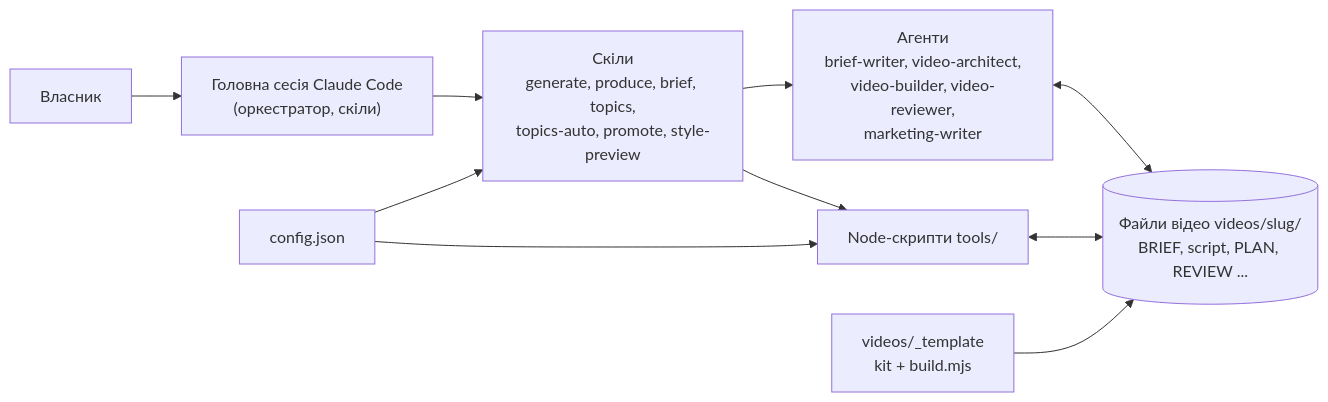
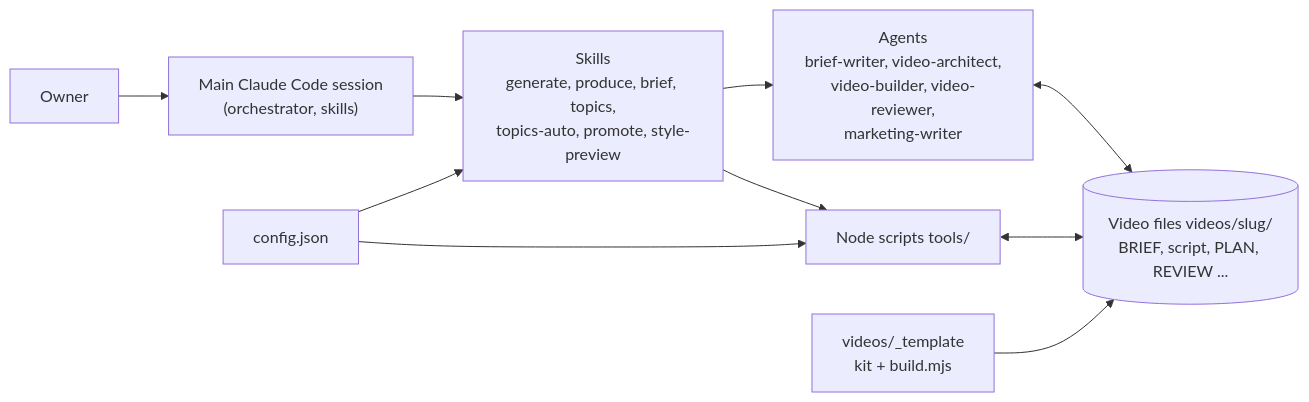
One commit to olehsov/tiktok-videomaker changed the second of 5 diagrams in README.md. Above: the diagram before and after it, drawn with Mermaid. The commit also changed other lines of this file and 359 other files, not shown here.

````diff
--- a/README.md
+++ b/README.md
@@ -147,12 +149,12 @@
 ```mermaid
 flowchart LR
-    O["Власник"] --> MS["Головна сесія Claude Code<br/>(оркестратор, скіли)"]
-    MS --> SK["Скіли<br/>generate, produce, brief, topics,<br/>topics-auto, promote, style-preview"]
-    SK --> AG["Агенти<br/>brief-writer, video-architect,<br/>video-builder, video-reviewer,<br/>marketing-writer"]
-    SK --> TL["Node-скрипти tools/"]
-    AG <--> FL[("Файли відео videos/slug/<br/>BRIEF, script, PLAN, REVIEW ...")]
+    O["Owner"] --> MS["Main Claude Code session<br/>(orchestrator, skills)"]
+    MS --> SK["Skills<br/>generate, produce, brief, topics,<br/>topics-auto, promote, style-preview"]
+    SK --> AG["Agents<br/>brief-writer, video-architect,<br/>video-builder, video-reviewer,<br/>marketing-writer"]
+    SK --> TL["Node scripts tools/"]
+    AG <--> FL[("Video files videos/slug/<br/>BRIEF, script, PLAN, REVIEW ...")]
     TL <--> FL
     CFG["config.json"] --> SK
     CFG --> TL
     TPL["videos/_template<br/>kit + build.mjs"] --> FL
 ```
````
